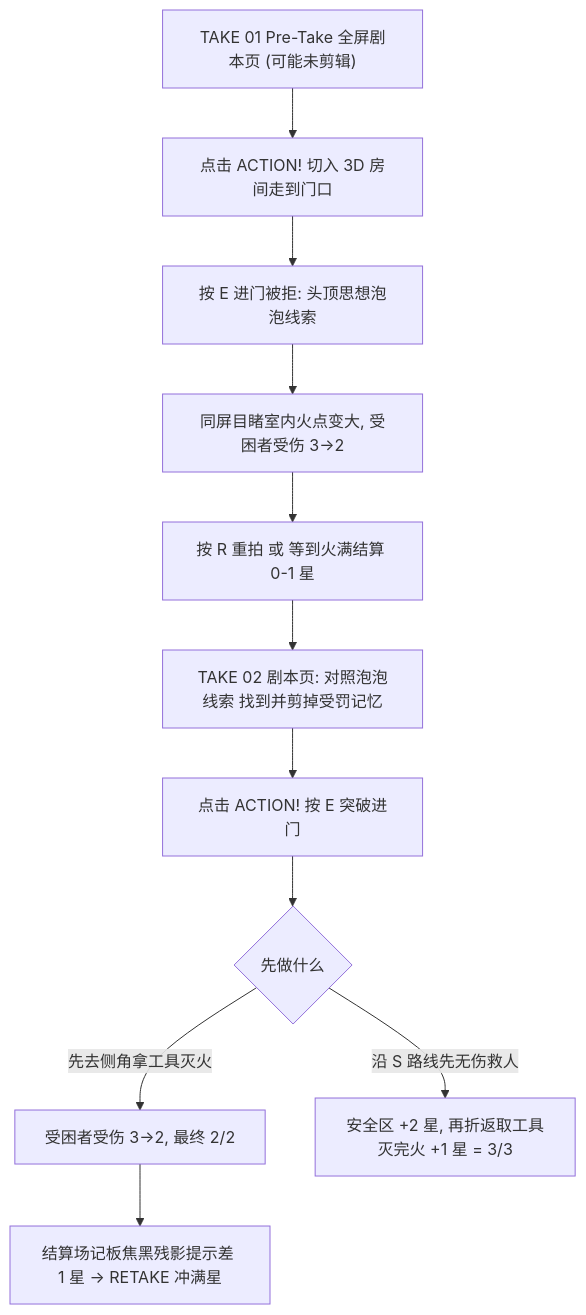
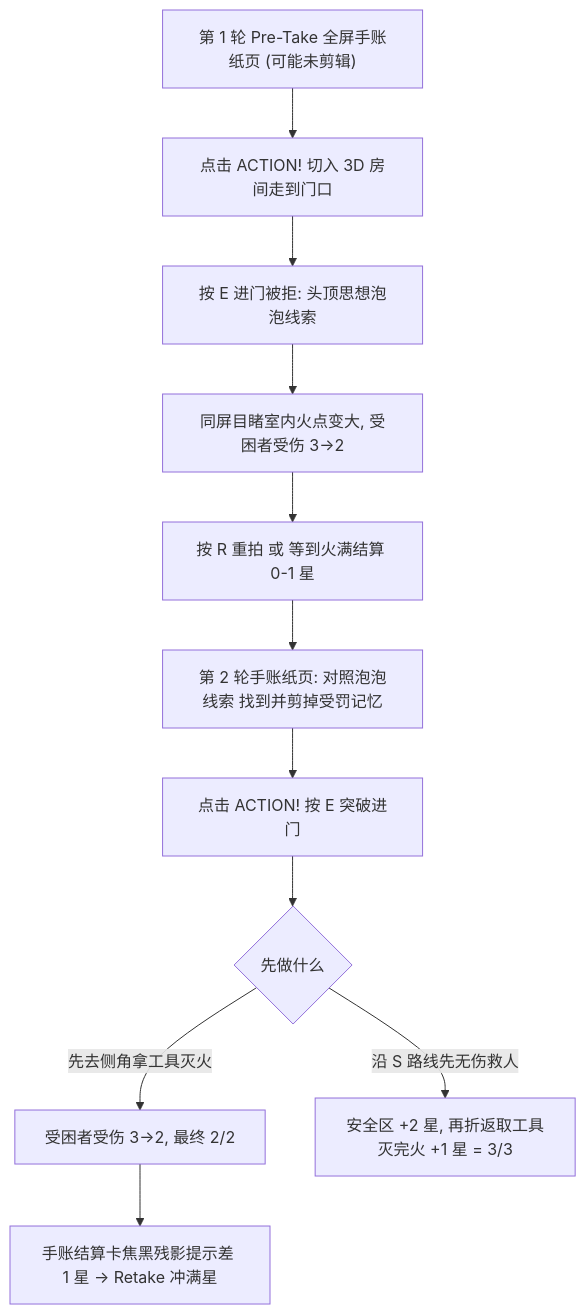
One commit to orwhd/gamejam changed the diagram in docs/08_LEVEL_01_FIREFIGHTER.md. Above: the diagram before and after it, drawn with Mermaid. The commit also changed other lines of this file and 6 other files, not shown here.

````diff
--- a/docs/08_LEVEL_01_FIREFIGHTER.md
+++ b/docs/08_LEVEL_01_FIREFIGHTER.md
@@ -194,13 +194,13 @@
 ```mermaid
 flowchart TD
-    A["TAKE 01 Pre-Take 全屏剧本页 (可能未剪辑)"] --> B["点击 ACTION! 切入 3D 房间走到门口"]
+    A["第 1 轮 Pre-Take 全屏手账纸页 (可能未剪辑)"] --> B["点击 ACTION! 切入 3D 房间走到门口"]
     B --> C["按 E 进门被拒: 头顶思想泡泡线索"]
     C --> D["同屏目睹室内火点变大, 受困者受伤 3->2"]
     D --> E["按 R 重拍 或 等到火满结算 0-1 星"]
-    E --> F["TAKE 02 剧本页: 对照泡泡线索 找到并剪掉受罚记忆"]
+    E --> F["第 2 轮手账纸页: 对照泡泡线索 找到并剪掉受罚记忆"]
     F --> G["点击 ACTION! 按 E 突破进门"]
     G --> H{"先做什么"}
     H -->|"先去侧角拿工具灭火"| I["受困者受伤 3->2, 最终 2/2"]
     H -->|"沿 S 路线先无伤救人"| J["安全区 +2 星, 再折返取工具灭完火 +1 星 = 3/3"]
-    I --> K["结算场记板焦黑残影提示差 1 星 -> RETAKE 冲满星"]
+    I --> K["手账结算卡焦黑残影提示差 1 星 -> Retake 冲满星"]
 ```
````
